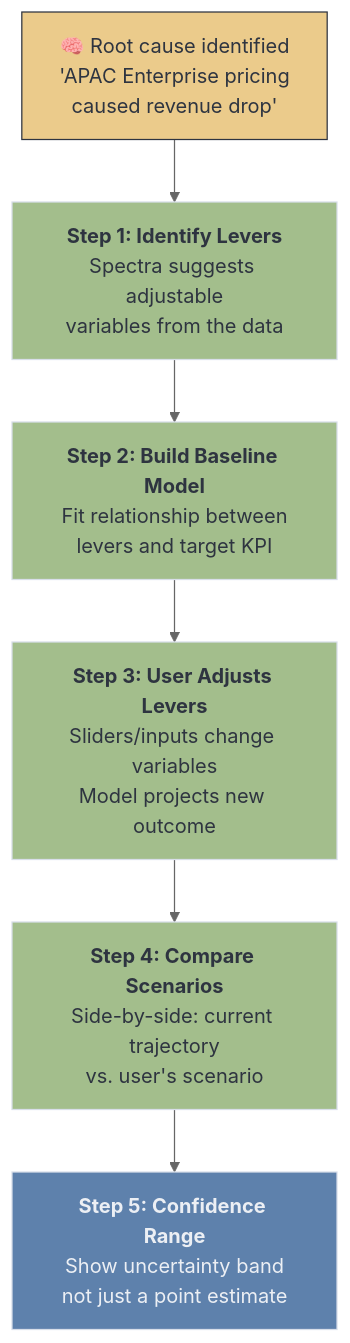
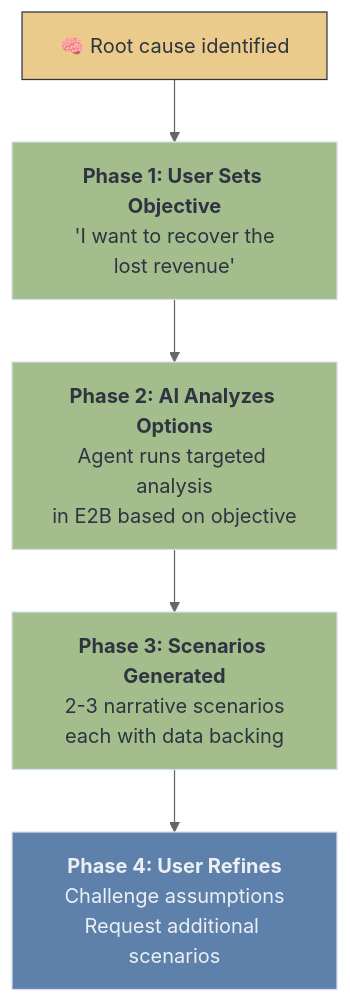
Before and after one commit to nuelo-ai/nuelo-spectra: the ninth of 12 diagrams in requirements/brainstorm-idea-1.md, drawn with Mermaid (neutral theme). The commit also changed other lines of this file and 22 other files, not shown here.

````diff
--- a/requirements/brainstorm-idea-1.md
+++ b/requirements/brainstorm-idea-1.md
@@ -513,15 +559,13 @@
 ```mermaid
 graph TD
-    RootCause["🧠 Root cause identified<br/>'APAC Enterprise pricing<br/>caused revenue drop'"] --> Variables["<b>Step 1: Identify Levers</b><br/>Spectra suggests adjustable<br/>variables from the data"]
-    Variables --> Baseline["<b>Step 2: Build Baseline Model</b><br/>Fit relationship between<br/>levers and target KPI"]
-    Baseline --> Simulate["<b>Step 3: User Adjusts Levers</b><br/>Sliders/inputs change variables<br/>Model projects new outcome"]
-    Simulate --> Compare["<b>Step 4: Compare Scenarios</b><br/>Side-by-side: current trajectory<br/>vs. user's scenario"]
-    Compare --> Confidence["<b>Step 5: Confidence Range</b><br/>Show uncertainty band<br/>not just a point estimate"]
+    RootCause["🧠 Root cause identified"] --> Objective["<b>Phase 1: User Sets Objective</b><br/>'I want to recover the<br/>lost revenue'"]
+    Objective --> Analyze["<b>Phase 2: AI Analyzes Options</b><br/>Agent runs targeted analysis<br/>in E2B based on objective"]
+    Analyze --> Scenarios["<b>Phase 3: Scenarios Generated</b><br/>2-3 narrative scenarios<br/>each with data backing"]
+    Scenarios --> Refine["<b>Phase 4: User Refines</b><br/>Challenge assumptions<br/>Request additional scenarios"]
 
     style RootCause fill:#EBCB8B,stroke:#2E3440,color:#2E3440
-    style Variables fill:#A3BE8C,stroke:#D8DEE9,color:#2E3440
-    style Baseline fill:#A3BE8C,stroke:#D8DEE9,color:#2E3440
-    style Simulate fill:#A3BE8C,stroke:#D8DEE9,color:#2E3440
-    style Compare fill:#A3BE8C,stroke:#D8DEE9,color:#2E3440
-    style Confidence fill:#5E81AC,stroke:#D8DEE9,color:#ECEFF4
+    style Objective fill:#A3BE8C,stroke:#D8DEE9,color:#2E3440
+    style Analyze fill:#A3BE8C,stroke:#D8DEE9,color:#2E3440
+    style Scenarios fill:#A3BE8C,stroke:#D8DEE9,color:#2E3440
+    style Refine fill:#5E81AC,stroke:#D8DEE9,color:#ECEFF4
 ```
````
